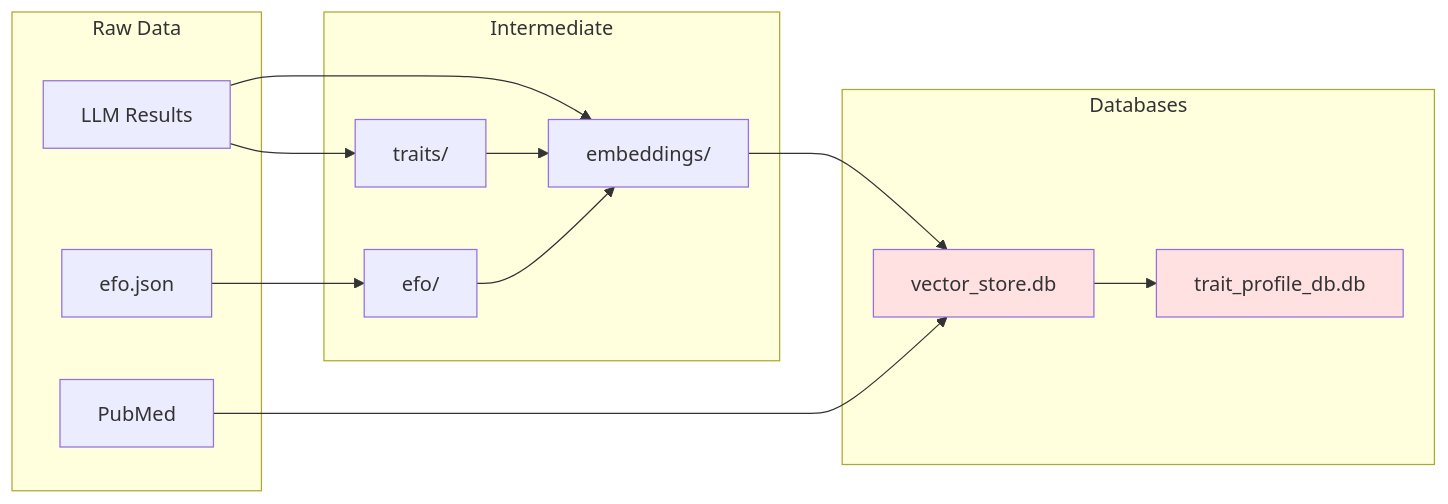
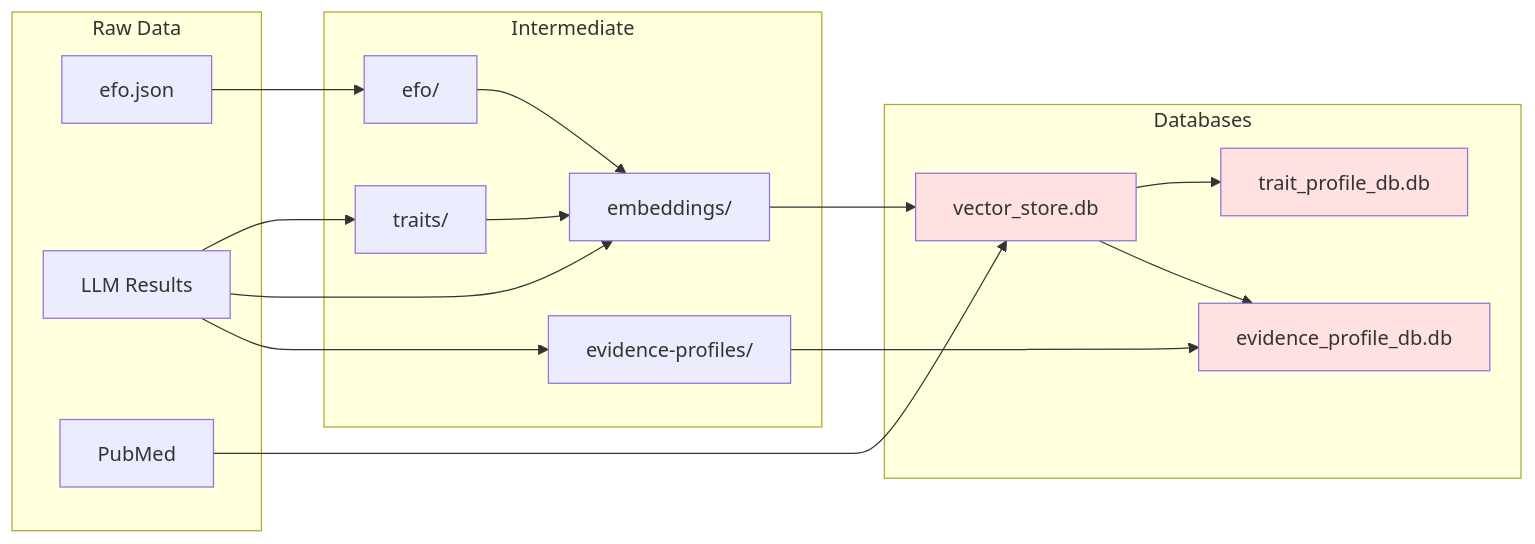
Before and after one commit to MRCIEU/mr-kg: the second of 2 diagrams in docs/processing/pipeline.md, drawn with Mermaid. The commit also changed other lines of this file and 25 other files, not shown here.

````diff
--- a/docs/processing/pipeline.md
+++ b/docs/processing/pipeline.md
@@ -811,31 +1358,37 @@
 ```mermaid
 flowchart LR
     subgraph Raw["Raw Data"]
         R1[efo.json]
         R2[LLM Results]
         R3[PubMed]
     end
 
     subgraph Processed["Intermediate"]
         P1[traits/]
         P2[efo/]
         P3[embeddings/]
+        P4[evidence-profiles/]
     end
 
     subgraph Output["Databases"]
         O1[vector_store.db]
         O2[trait_profile_db.db]
+        O3[evidence_profile_db.db]
     end
 
     R1 --> P2
     R2 --> P1
     R2 --> P3
+    R2 --> P4
     P1 --> P3
     P2 --> P3
     P3 --> O1
     R3 --> O1
     O1 --> O2
+    O1 --> O3
+    P4 --> O3
 
     style O1 fill:#ffe1e1
     style O2 fill:#ffe1e1
+    style O3 fill:#ffe1e1
 ```
````
